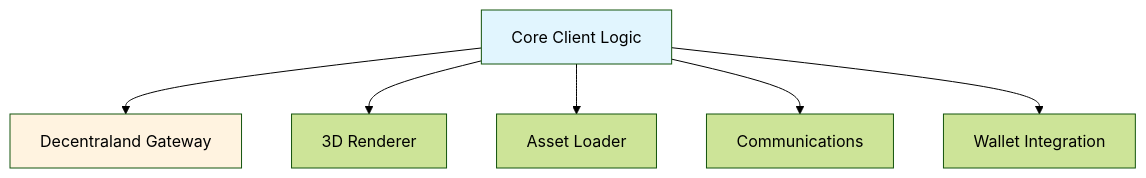
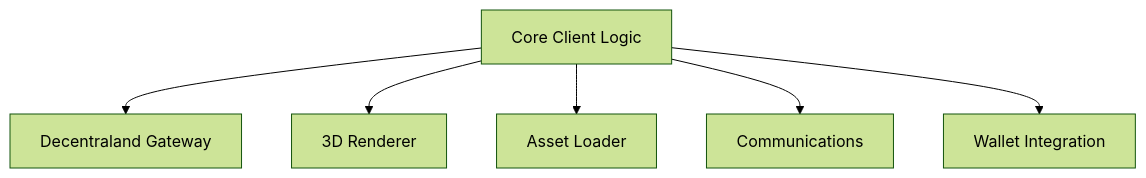
Before and after one commit to drkrillo/docs: the first of 8 diagrams in contributor/architecture/client.md, drawn with Mermaid (forest theme). The commit also changed other lines of this file and 2 other files, not shown here.

````diff
--- a/contributor/architecture/client.md
+++ b/contributor/architecture/client.md
@@ -18,18 +18,15 @@
 ```mermaid
 flowchart TB
     Core[Core Client Logic]
     Gateway[Decentraland Gateway]
     Renderer[3D Renderer]
     Assets[Asset Loader]
     Comms[Communications]
     Blockchain[Wallet Integration]
     
     Core --> Gateway
     Core --> Renderer
     Core --> Assets
     Core --> Comms
     Core --> Blockchain
-    
-    style Core fill:#e1f5fe
-    style Gateway fill:#fff3e0
 ```
````
